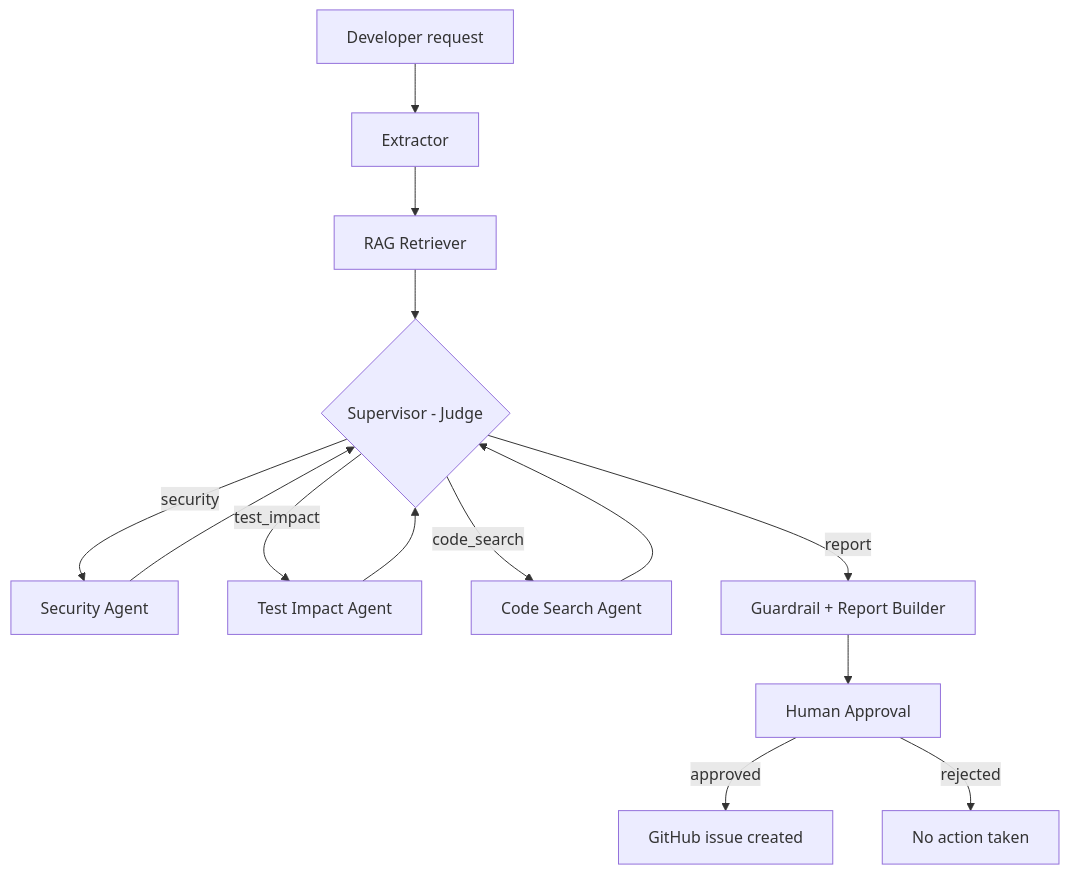
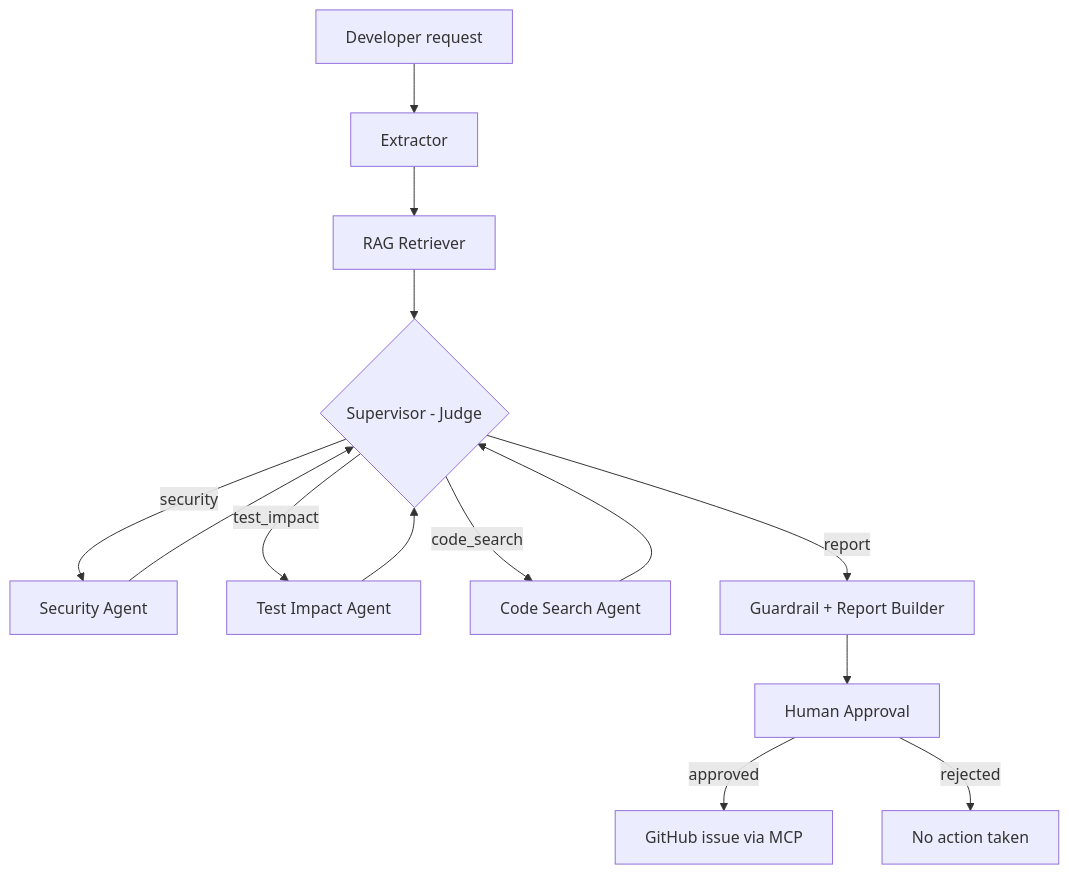
Before and after one commit to shrisha-kokku/ChangeRisk-AI: the diagram in README.md, drawn with Mermaid. The commit also changed other lines of this file and 19 other files, not shown here.

````diff
--- a/README.md
+++ b/README.md
@@ -22,16 +24,16 @@
 ```mermaid
 flowchart TD
     A[Developer request] --> B[Extractor]
     B --> C[RAG Retriever]
     C --> D{Supervisor - Judge}
     D -->|security| E[Security Agent]
     D -->|test_impact| F[Test Impact Agent]
     D -->|code_search| G[Code Search Agent]
     E --> D
     F --> D
     G --> D
     D -->|report| H[Guardrail + Report Builder]
     H --> I[Human Approval]
-    I -->|approved| J[GitHub issue created]
+    I -->|approved| J[GitHub issue via MCP]
     I -->|rejected| K[No action taken]
 ```
````
